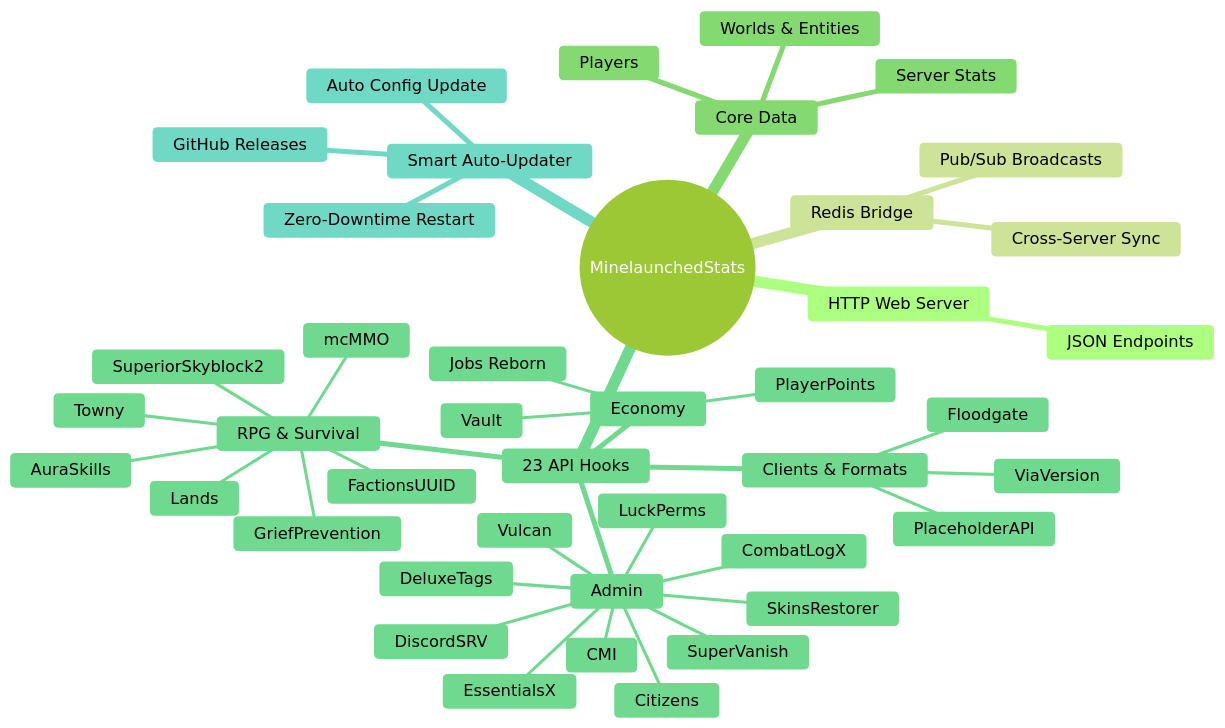
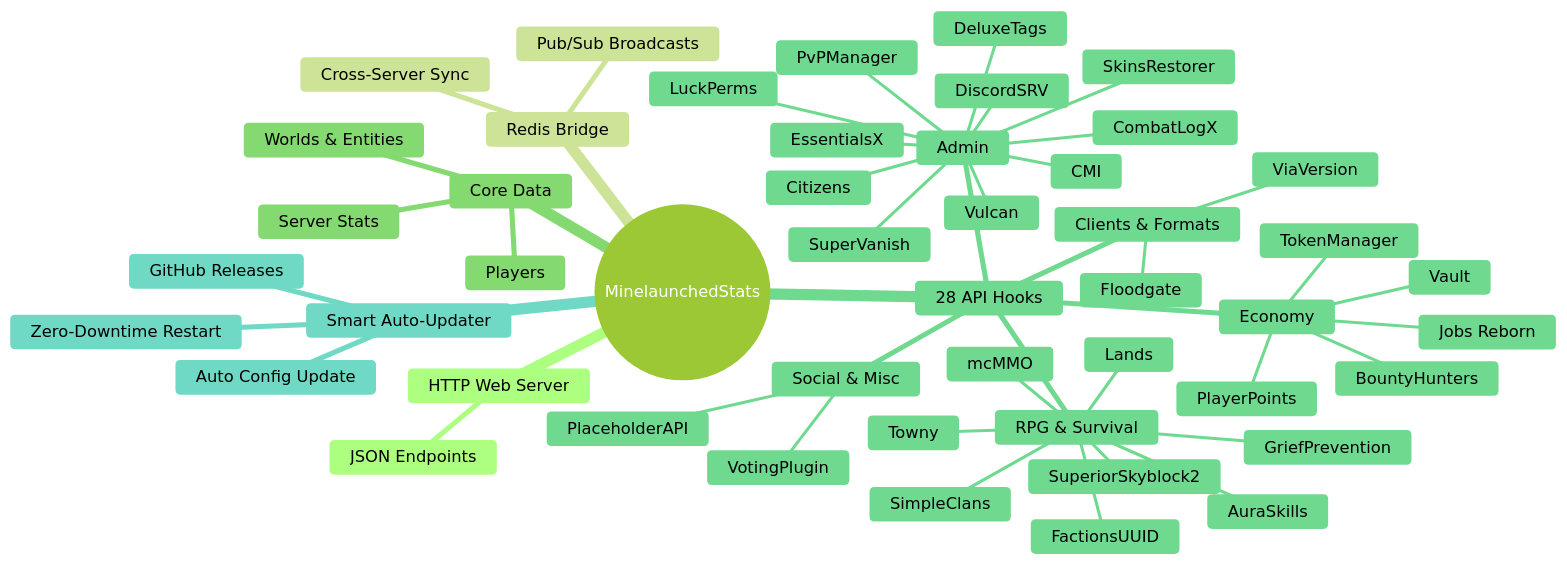
One commit to Minelaunched/Minelaunched-Stats changed the diagram in README.md. Above: the diagram before and after it, drawn with Mermaid (forest theme). The commit also changed other lines of this file and 8 other files, not shown here.

Commit message:
feat: Add Vague 7 APIs (TokenManager, PvPManager, SimpleClans, VotingPlugin, BountyHunters)

````diff
--- a/README.md
+++ b/README.md
@@ -25,45 +25,51 @@
 ```mermaid
 mindmap
   root((MinelaunchedStats))
     HTTP Web Server
       JSON Endpoints
     Redis Bridge
       Pub/Sub Broadcasts
       Cross-Server Sync
     Core Data
       Server Stats
       Worlds & Entities
       Players
-    23 API Hooks
+    28 API Hooks
       Economy
         Vault
         PlayerPoints
+        TokenManager
+        BountyHunters
         Jobs Reborn
       Admin
         LuckPerms
         EssentialsX
         CMI
         SuperVanish
         DiscordSRV
         Vulcan
         Citizens
         SkinsRestorer
         DeluxeTags
         CombatLogX
+        PvPManager
       RPG & Survival
         AuraSkills
         mcMMO
         Towny
         Lands
         FactionsUUID
         SuperiorSkyblock2
         GriefPrevention
+        SimpleClans
       Clients & Formats
         ViaVersion
         Floodgate
+      Social & Misc
+        VotingPlugin
         PlaceholderAPI
     Smart Auto-Updater
       GitHub Releases
       Zero-Downtime Restart
       Auto Config Update
 ```
````
